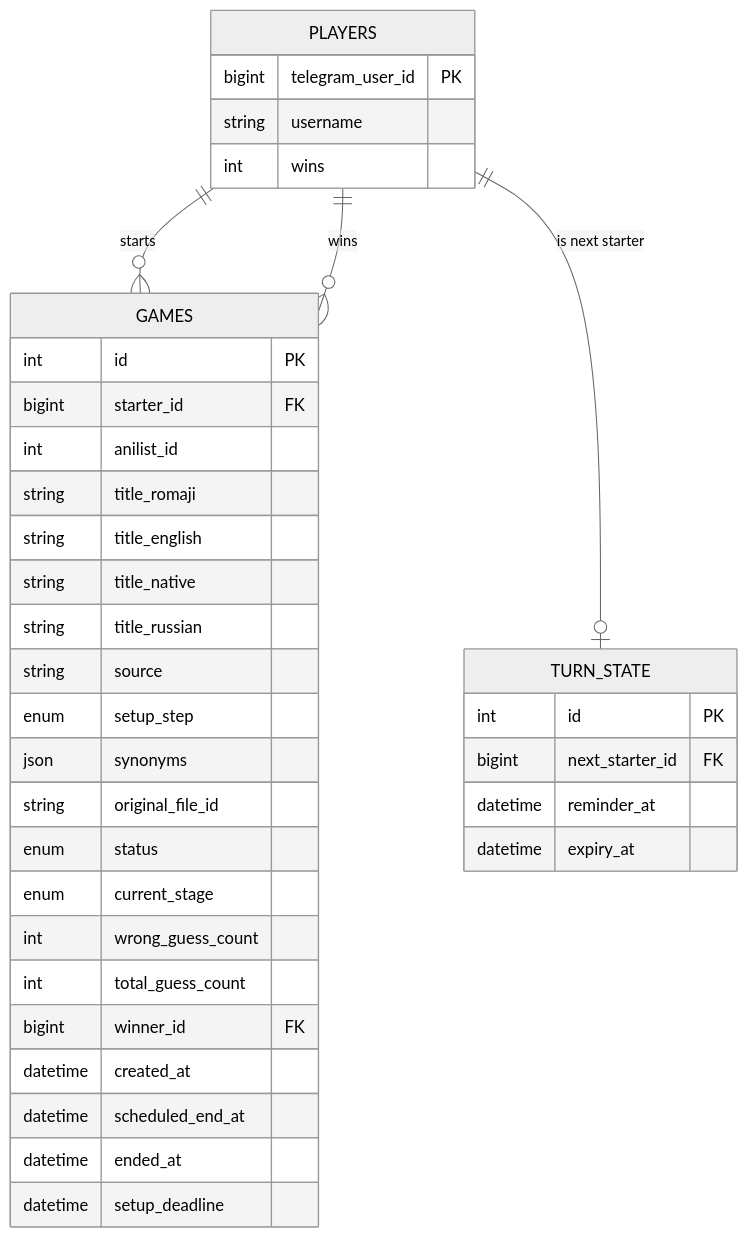
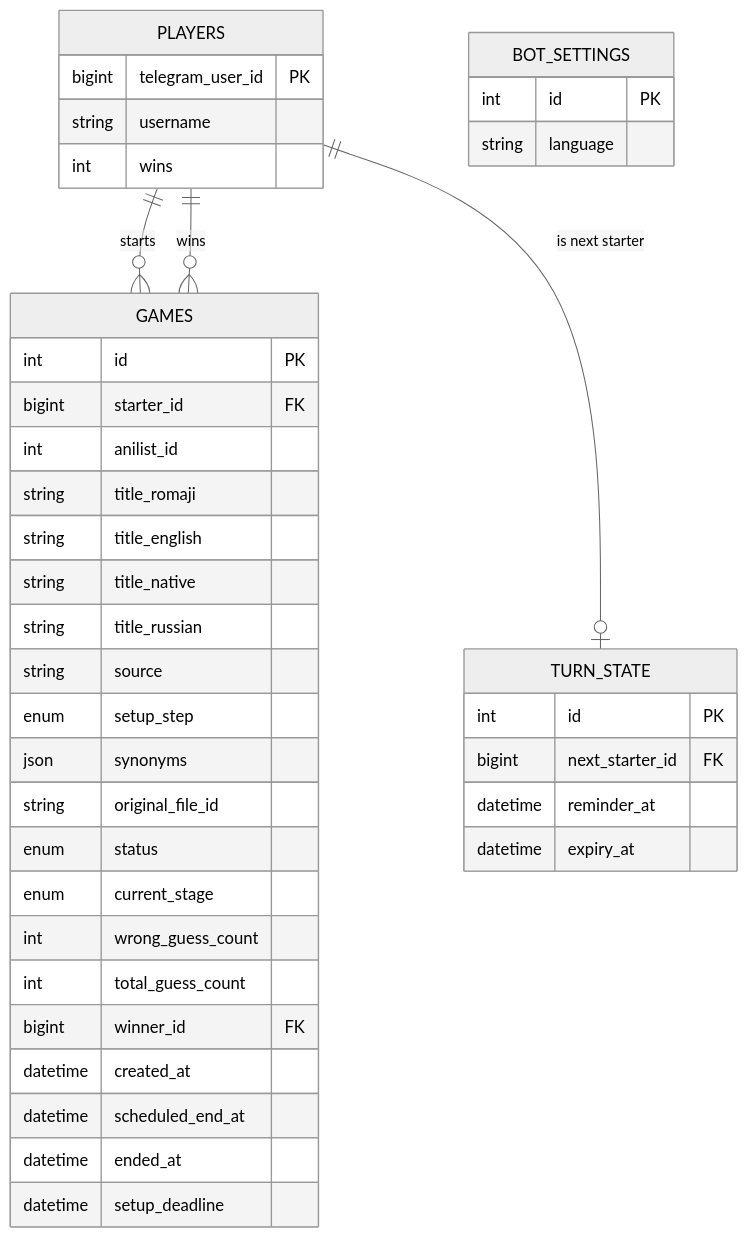
Before and after one commit to sm-steel/nani-pix-bot: the second of 2 diagrams in ARCHITECTURE.md, drawn with Mermaid (neutral theme). The commit also changed other lines of this file and 5 other files, not shown here.

````diff
--- a/ARCHITECTURE.md
+++ b/ARCHITECTURE.md
@@ -94,40 +93,44 @@
 ```mermaid
 erDiagram
     PLAYERS ||--o{ GAMES : starts
     PLAYERS ||--o{ GAMES : wins
     PLAYERS ||--o| TURN_STATE : "is next starter"
 
     PLAYERS {
         bigint telegram_user_id PK
         string username
         int wins
     }
     GAMES {
         int id PK
         bigint starter_id FK
         int anilist_id
         string title_romaji
         string title_english
         string title_native
         string title_russian
         string source
         enum setup_step
         json synonyms
         string original_file_id
         enum status
         enum current_stage
         int wrong_guess_count
         int total_guess_count
         bigint winner_id FK
         datetime created_at
         datetime scheduled_end_at
         datetime ended_at
         datetime setup_deadline
     }
     TURN_STATE {
         int id PK
         bigint next_starter_id FK
         datetime reminder_at
         datetime expiry_at
     }
+    BOT_SETTINGS {
+        int id PK
+        string language
+    }
 ```
````
